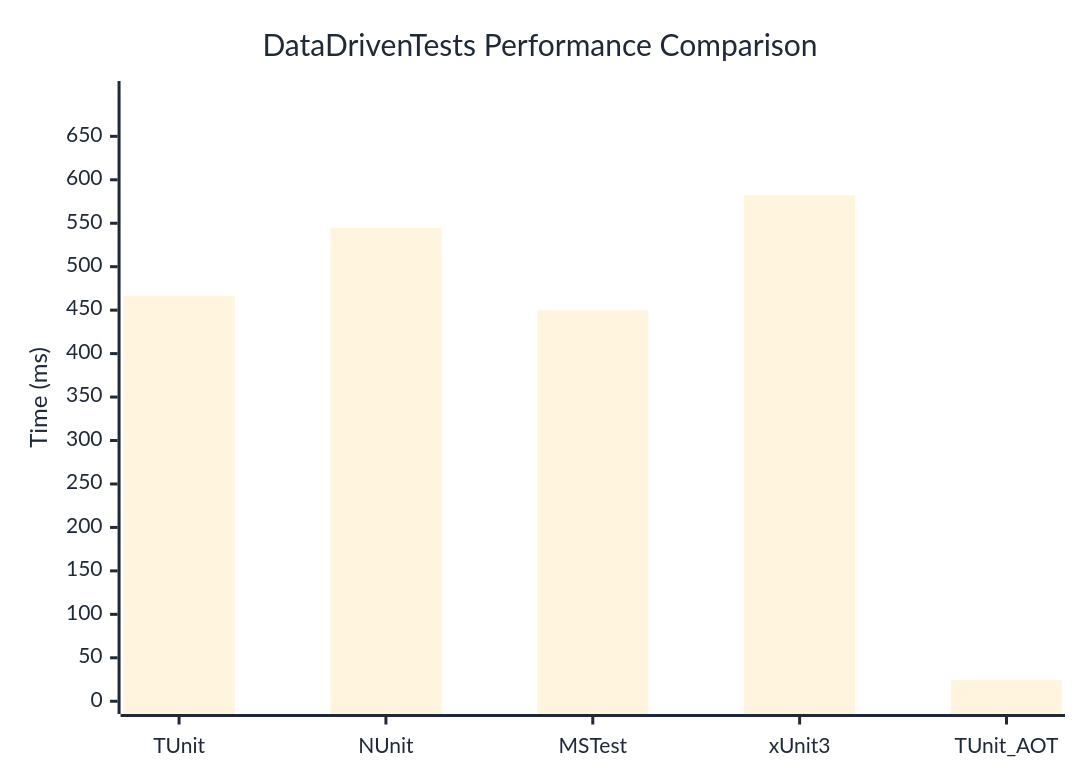
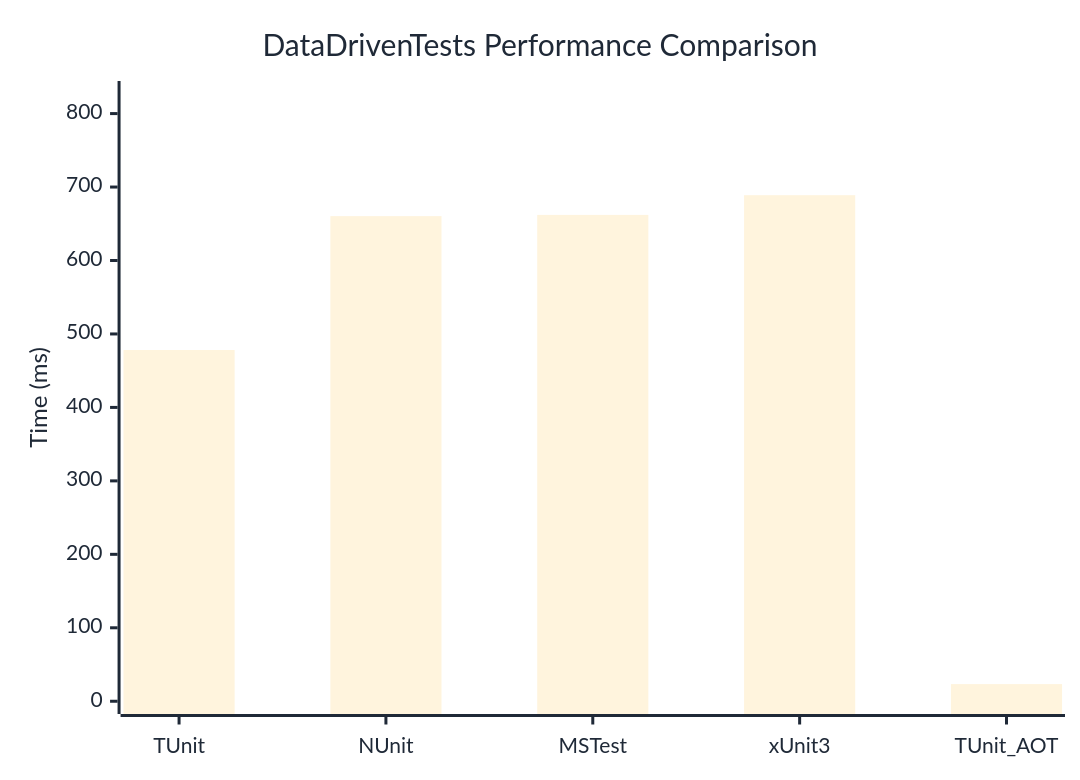
One commit to thomhurst/TUnit changed the diagram in docs/docs/benchmarks/DataDrivenTests.md. Above: the diagram before and after it, drawn with Mermaid. The commit also changed other lines of this file and 17 other files, not shown here.

````diff
--- a/docs/docs/benchmarks/DataDrivenTests.md
+++ b/docs/docs/benchmarks/DataDrivenTests.md
@@ -27,37 +27,37 @@
 ```mermaid
 %%{init: {
   'theme':'base',
   'themeVariables': {
     'primaryColor': '#2563eb',
     'primaryTextColor': '#1f2937',
     'primaryBorderColor': '#1e40af',
     'lineColor': '#6b7280',
     'secondaryColor': '#7c3aed',
     'tertiaryColor': '#dc2626',
     'background': '#ffffff',
     'mainBkg': '#2563eb',
     'secondBkg': '#7c3aed',
     'tertiaryBkg': '#dc2626',
     'clusterBkg': '#f3f4f6',
     'edgeLabelBackground': '#ffffff',
     'tertiaryTextColor': '#1f2937',
     'pie1': '#2563eb',
     'pie2': '#7c3aed',
     'pie3': '#dc2626',
     'pie4': '#f59e0b',
     'pie5': '#10b981',
     'pie6': '#06b6d4',
     'pie7': '#ec4899',
     'pie8': '#6366f1',
     'pie9': '#84cc16',
     'pie10': '#f97316',
     'pie11': '#14b8a6',
     'pie12': '#a855f7'
   }
 }}%%
 xychart-beta
   title "DataDrivenTests Performance Comparison"
   x-axis ["TUnit", "NUnit", "MSTest", "xUnit3", "TUnit_AOT"]
-  y-axis "Time (ms)" 0 --> 699
-  bar [466.15, 544.72, 449.73, 582.3, 24.26]
+  y-axis "Time (ms)" 0 --> 827
+  bar [478.12, 660.39, 662.08, 688.91, 23.34]
 ```
````
